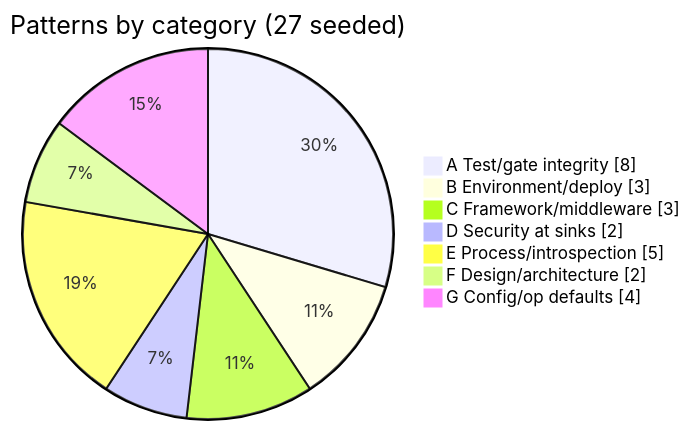
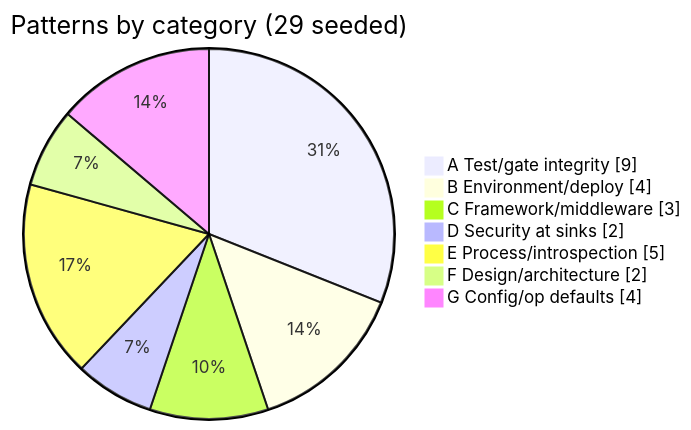
One commit to pranems/SCIMServer changed the second of 2 diagrams in docs/strategy/ENGINEERING_LESSONS_AND_PATTERNS.md. Above: the diagram before and after it, drawn with Mermaid. The commit also changed other lines of this file and 6 other files, not shown here.

````diff
--- a/docs/strategy/ENGINEERING_LESSONS_AND_PATTERNS.md
+++ b/docs/strategy/ENGINEERING_LESSONS_AND_PATTERNS.md
@@ -92,11 +92,11 @@
 ```mermaid
 pie showData
-    title Patterns by category (27 seeded)
-    "A Test/gate integrity" : 8
-    "B Environment/deploy" : 3
+    title Patterns by category (29 seeded)
+    "A Test/gate integrity" : 9
+    "B Environment/deploy" : 4
     "C Framework/middleware" : 3
     "D Security at sinks" : 2
     "E Process/introspection" : 5
     "F Design/architecture" : 2
     "G Config/op defaults" : 4
 ```
````
